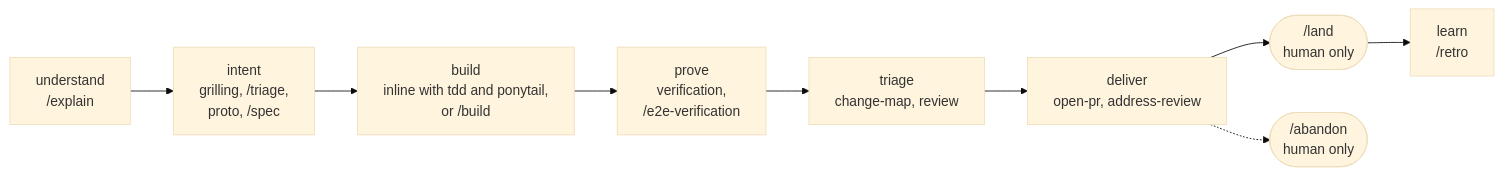
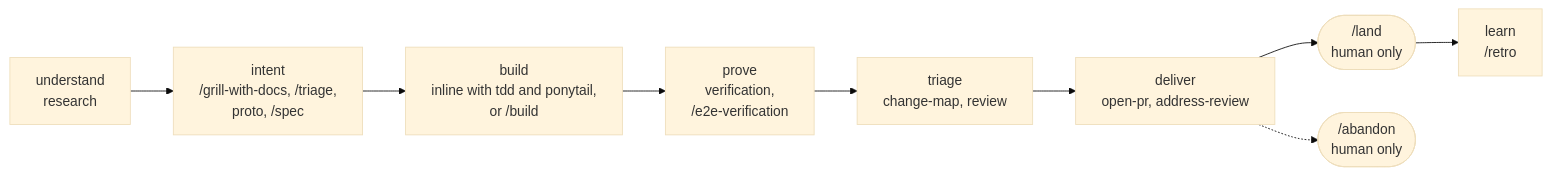
The first of 3 diagrams in README.md (jvillegasd/harness), drawn with Mermaid (base theme) before and after one commit. The commit also changed other lines of this file and 816 other files, not shown here.

````diff
--- a/README.md
+++ b/README.md
@@ -35,11 +59,11 @@
 ```mermaid
 flowchart LR
-    understand["understand<br>/explain"] --> intent["intent<br>grilling, /triage,<br>proto, /spec"]
+    understand["understand<br>research"] --> intent["intent<br>/grill-with-docs, /triage,<br>proto, /spec"]
     intent --> build["build<br>inline with tdd and ponytail,<br>or /build"]
     build --> prove["prove<br>verification,<br>/e2e-verification"]
     prove --> map["triage<br>change-map, review"]
     map --> deliver["deliver<br>open-pr, address-review"]
     deliver --> land(["/land<br>human only"])
     deliver -.-> abandon(["/abandon<br>human only"])
     land --> learn["learn<br>/retro"]
 ```
````
